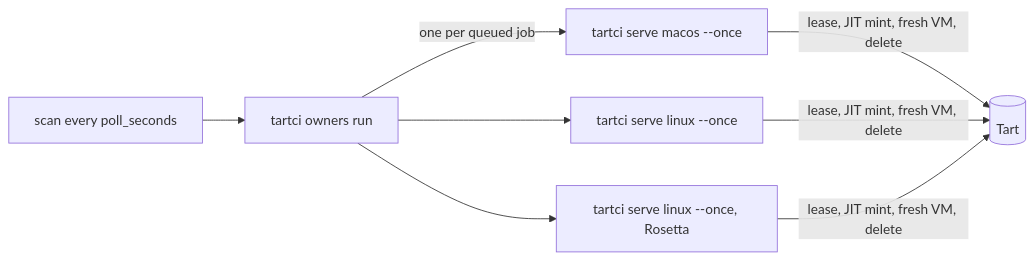
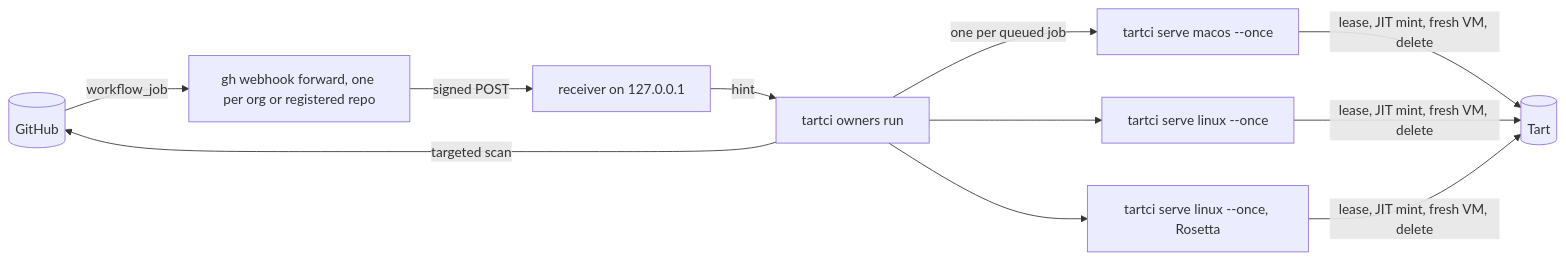
The diagram in docs/owner-pool.md (alvis/tartci), drawn with Mermaid before and after one commit. The commit also changed other lines of this file and 8 other files, not shown here.

````diff
--- a/docs/owner-pool.md
+++ b/docs/owner-pool.md
@@ -168,8 +223,11 @@
 ```mermaid
 flowchart LR
-  poll[scan every poll_seconds] --> d[tartci owners run]
+  gh[(GitHub)] -- workflow_job --> f[gh webhook forward, one per org or registered repo]
+  f -- signed POST --> r[receiver on 127.0.0.1]
+  r -- hint --> d[tartci owners run]
+  d -- targeted scan --> gh
   d -- one per queued job --> s1[tartci serve macos --once]
   d --> s2[tartci serve linux --once]
   d --> s3[tartci serve linux --once, Rosetta]
   s1 & s2 & s3 -- lease, JIT mint, fresh VM, delete --> tart[(Tart)]
 ```
````
